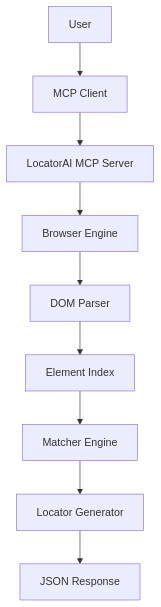
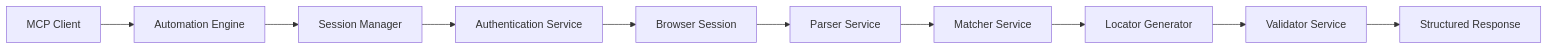
Before and after one commit to Shanty34/LocatorAI: the first of 2 diagrams in readme.md, drawn with Mermaid. The commit also changed other lines of this file and 20 other files, not shown here.

````diff
--- a/readme.md
+++ b/readme.md
@@ -111,11 +128,12 @@
 ```mermaid
-flowchart TD
-    A[User] --> B[MCP Client]
-    B --> C[LocatorAI MCP Server]
-    C --> D[Browser Engine]
-    D --> E[DOM Parser]
-    E --> F[Element Index]
-    F --> G[Matcher Engine]
+flowchart LR
+    A[MCP Client] --> B[Automation Engine]
+    B --> C[Session Manager]
+    C --> D[Authentication Service]
+    D --> E[Browser Session]
+    E --> F[Parser Service]
+    F --> G[Matcher Service]
     G --> H[Locator Generator]
-    H --> I[JSON Response]
+    H --> I[Validator Service]
+    I --> J[Structured Response]
 ```
````
